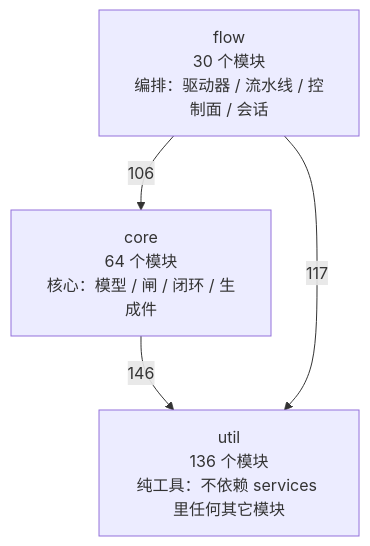
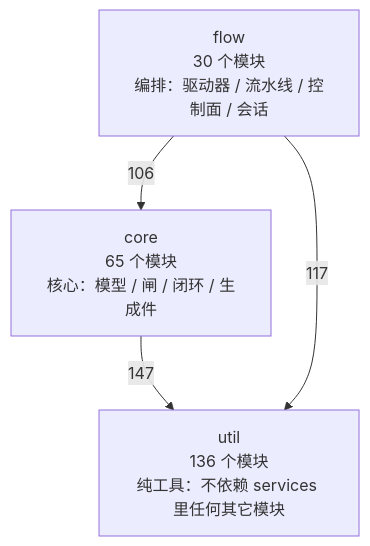
The first of 4 diagrams in docs/SlideRule V6.2 架构图（自动生成）.md (2686521696/WhyBuddy), drawn with Mermaid before and after one commit. The commit also changed other lines of this file and 7 other files, not shown here.

````diff
--- a/docs/SlideRule V6.2 架构图（自动生成）.md
+++ b/docs/SlideRule V6.2 架构图（自动生成）.md
@@ -50,9 +50,9 @@
 ```mermaid
 flowchart TB
   util["util<br/>136 个模块<br/>纯工具：不依赖 services 里任何其它模块"]
-  core["core<br/>64 个模块<br/>核心：模型 / 闸 / 闭环 / 生成件"]
+  core["core<br/>65 个模块<br/>核心：模型 / 闸 / 闭环 / 生成件"]
   flow["flow<br/>30 个模块<br/>编排：驱动器 / 流水线 / 控制面 / 会话"]
-  core -->|146| util
+  core -->|147| util
   flow -->|106| core
   flow -->|117| util
 ```
````
